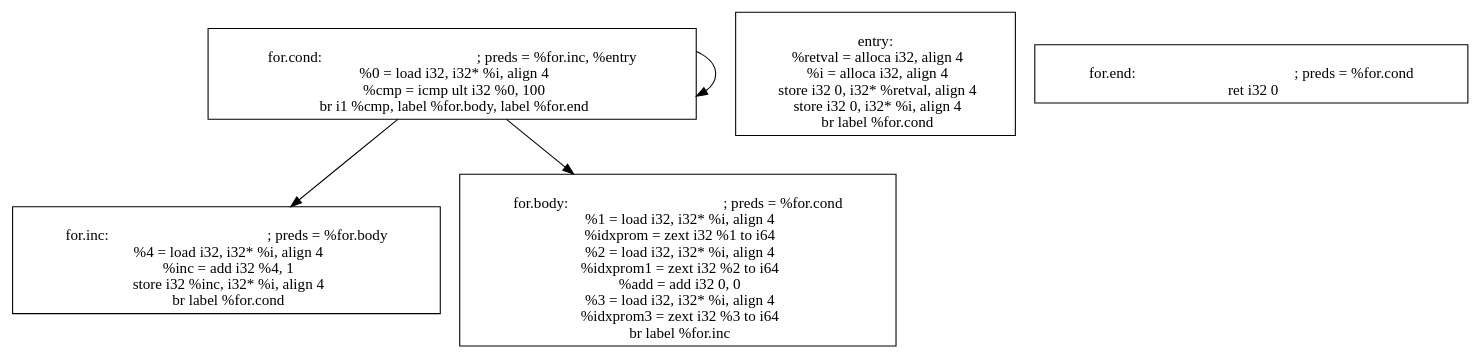
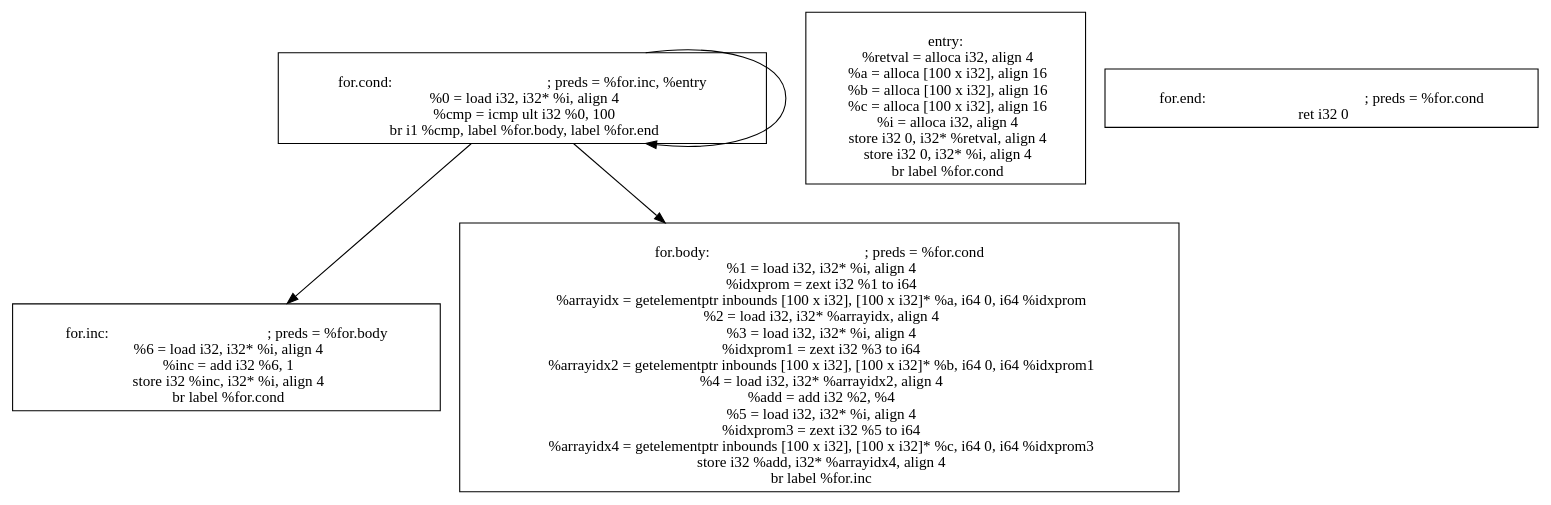
One commit to harel-coffee/PParMetrics-auto changed the diagram in playground/dots/array-calc-no-dep/main.cdg.dot.dot. Above: the diagram before and after it, drawn with Graphviz. The commit also changed 116 other files, not shown here.

```diff
--- a/playground/dots/array-calc-no-dep/main.cdg.dot.dot
+++ b/playground/dots/array-calc-no-dep/main.cdg.dot.dot
@@ -1,47 +1,56 @@
 
 digraph G {
 
 
 node4 [label="
 for.cond:                                         ; preds = %for.inc, %entry
   %0 = load i32, i32* %i, align 4
   %cmp = icmp ult i32 %0, 100
   br i1 %cmp, label %for.body, label %for.end
 ",shape=rectangle ]
 node0 [label="
 for.inc:                                          ; preds = %for.body
-  %4 = load i32, i32* %i, align 4
-  %inc = add i32 %4, 1
+  %6 = load i32, i32* %i, align 4
+  %inc = add i32 %6, 1
   store i32 %inc, i32* %i, align 4
   br label %for.cond
 ",shape=rectangle ]
 node3 [label="
 entry:
   %retval = alloca i32, align 4
+  %a = alloca [100 x i32], align 16
+  %b = alloca [100 x i32], align 16
+  %c = alloca [100 x i32], align 16
   %i = alloca i32, align 4
   store i32 0, i32* %retval, align 4
   store i32 0, i32* %i, align 4
   br label %for.cond
 ",shape=rectangle ]
 node2 [label="
 for.body:                                         ; preds = %for.cond
   %1 = load i32, i32* %i, align 4
   %idxprom = zext i32 %1 to i64
-  %2 = load i32, i32* %i, align 4
-  %idxprom1 = zext i32 %2 to i64
-  %add = add i32 0, 0
+  %arrayidx = getelementptr inbounds [100 x i32], [100 x i32]* %a, i64 0, i64 %idxprom
+  %2 = load i32, i32* %arrayidx, align 4
   %3 = load i32, i32* %i, align 4
-  %idxprom3 = zext i32 %3 to i64
+  %idxprom1 = zext i32 %3 to i64
+  %arrayidx2 = getelementptr inbounds [100 x i32], [100 x i32]* %b, i64 0, i64 %idxprom1
+  %4 = load i32, i32* %arrayidx2, align 4
+  %add = add i32 %2, %4
+  %5 = load i32, i32* %i, align 4
+  %idxprom3 = zext i32 %5 to i64
+  %arrayidx4 = getelementptr inbounds [100 x i32], [100 x i32]* %c, i64 0, i64 %idxprom3
+  store i32 %add, i32* %arrayidx4, align 4
   br label %for.inc
 ",shape=rectangle ]
 node1 [label="
 for.end:                                          ; preds = %for.cond
   ret i32 0
 ",shape=rectangle ]
 
 node4->node2 [ ]
+node4->node4 [ ]
 node4->node0 [ ]
-node4->node4 [ ]
 
 
 }
```
